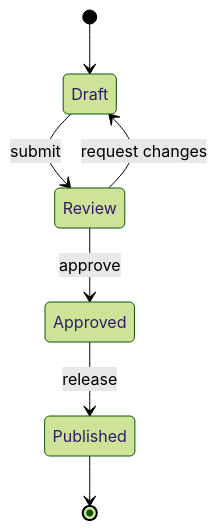
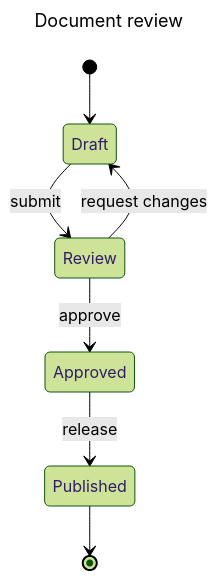
One commit to EvotecIT/ChartForgeX changed the diagram in Website/static/site/atlas/state.mmd. Above: the diagram before and after it, drawn with Mermaid (forest theme). The commit also changed 111 other files, not shown here.

```diff
--- a/Website/static/site/atlas/state.mmd
+++ b/Website/static/site/atlas/state.mmd
@@ -1,7 +1,10 @@
+---
+title: Document review
+---
 stateDiagram-v2
   [*] --> Draft
   Draft --> Review : submit
   Review --> Draft : request changes
   Review --> Approved : approve
   Approved --> Published : release
   Published --> [*]
```
